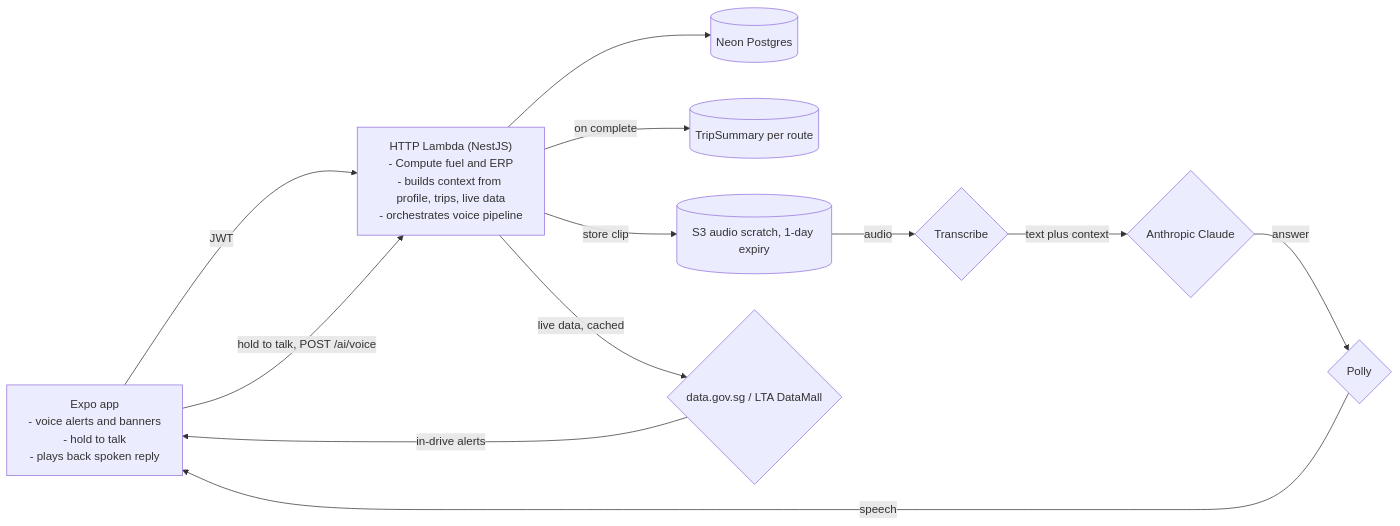
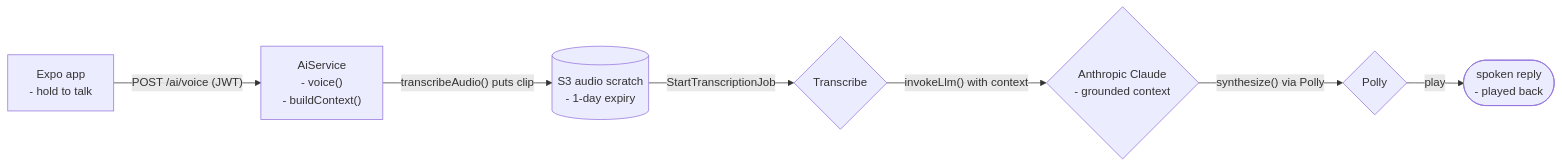
The fourth of 6 diagrams in README.md (elleskay/drivebuddy), drawn with Mermaid before and after one commit. The commit also changed other lines of this file and 94 other files, not shown here.

````diff
--- a/README.md
+++ b/README.md
@@ -204,23 +191,9 @@
 ```mermaid
 flowchart LR
-  App["Expo app<br/>- voice alerts and banners<br/>- hold to talk<br/>- plays back spoken reply"]
-  API["HTTP Lambda (NestJS)<br/>- Compute fuel and ERP<br/>- builds context from profile, trips, live data<br/>- orchestrates voice pipeline"]
-  Neon[("Neon Postgres")]
-  Summary[("TripSummary per route")]
-  Clip[("S3 audio scratch, 1-day expiry")]
-  LTA{"data.gov.sg / LTA DataMall"}
-  STT{"Transcribe"}
-  Claude{"Anthropic Claude"}
-  TTS{"Polly"}
-  App -->|JWT| API
-  API --> Neon
-  API -->|"live data, cached"| LTA
-  LTA -->|"in-drive alerts"| App
-  API -->|"on complete"| Summary
-  App -->|"hold to talk, POST /ai/voice"| API
-  API -->|"store clip"| Clip
-  Clip -->|"audio"| STT
-  STT -->|"text plus context"| Claude
-  Claude -->|"answer"| TTS
-  TTS -->|"speech"| App
+  App["Expo app<br/>- hold to talk"] -->|"POST /ai/voice (JWT)"| AiSvc["AiService<br/>- voice()<br/>- buildContext()"]
+  AiSvc -->|"transcribeAudio() puts clip"| S3[("S3 audio scratch<br/>- 1-day expiry")]
+  S3 -->|"StartTranscriptionJob"| STT{"Transcribe"}
+  STT -->|"invokeLlm() with context"| Claude{"Anthropic Claude<br/>- grounded context"}
+  Claude -->|"synthesize() via Polly"| TTS{"Polly"}
+  TTS -->|"play"| Play(["spoken reply<br/>- played back"])
 ```
````
